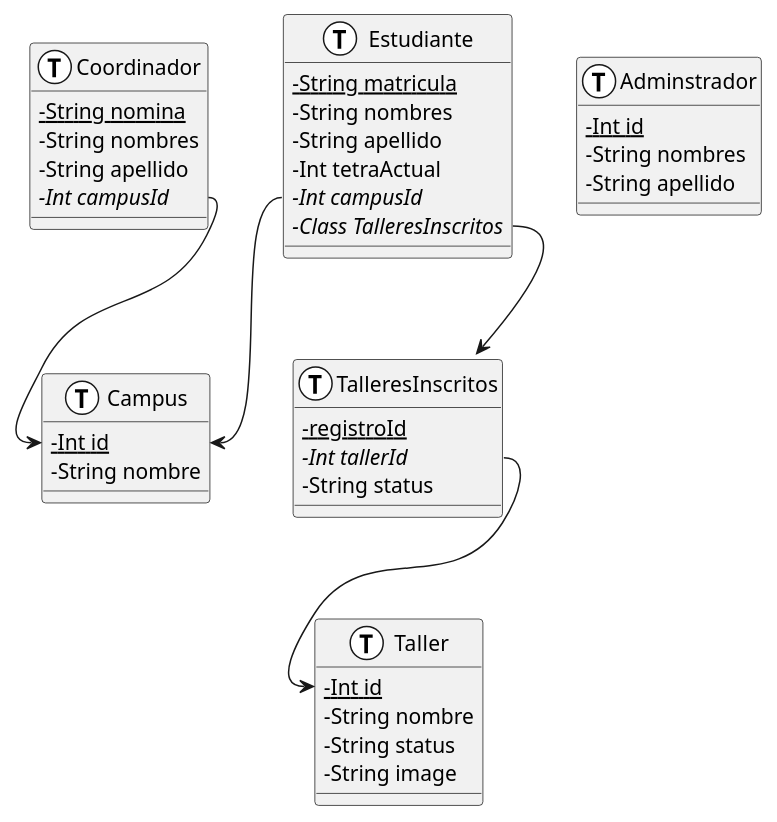
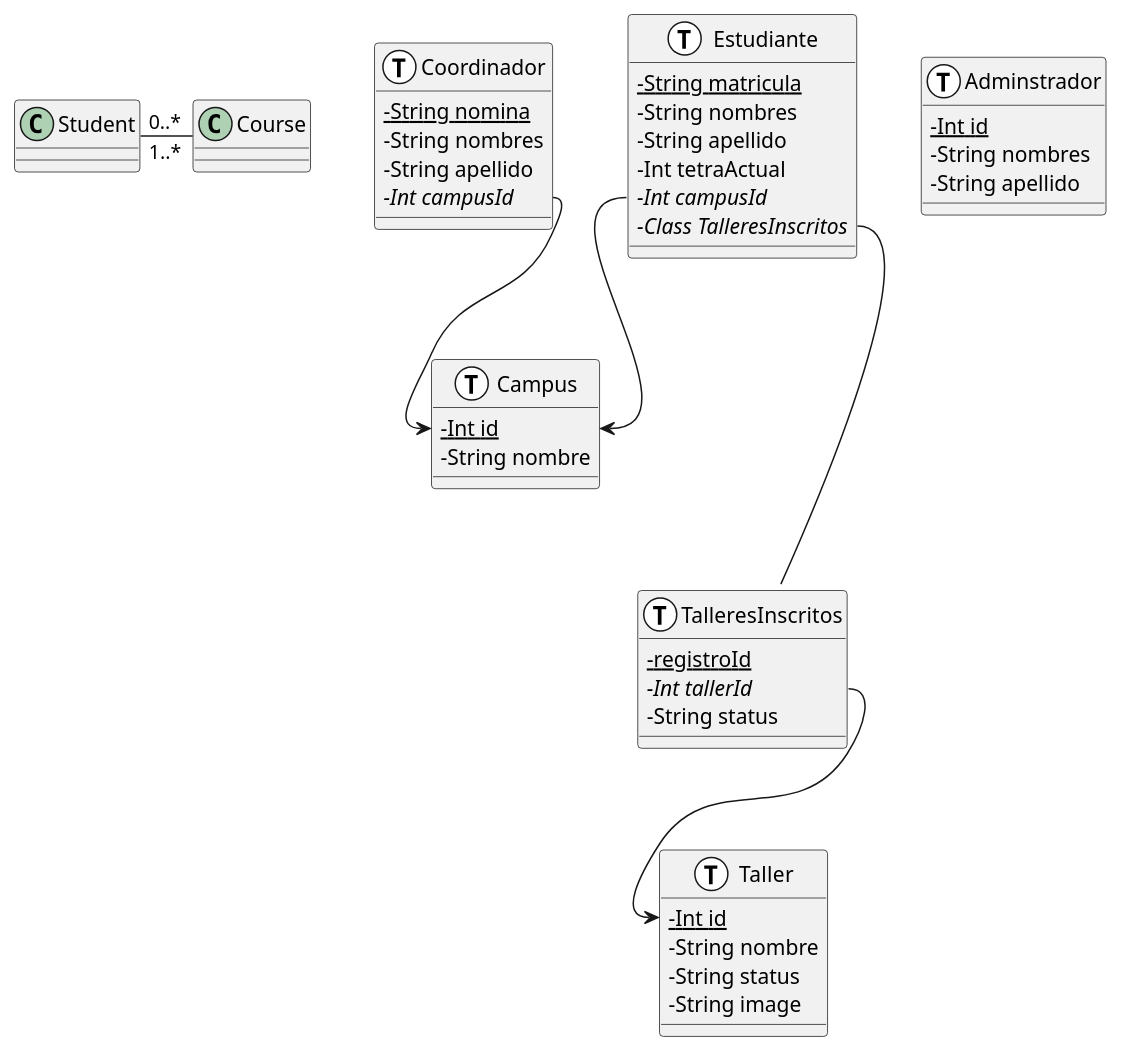
The diagram in Reto/Base de datos.md (facund015/codeRelatedObsidianNotes), drawn with PlantUML before and after one commit.

Commit message:
vault backup: 2021-10-12 12:34:07

````diff
--- a/Reto/Base de datos.md
+++ b/Reto/Base de datos.md
@@ -2,51 +2,54 @@
 ```plantuml
 @startuml
 skinparam classAttributeIconSize 0
 class Estudiante <<(T,white)>> {
 	{static} - String matricula
 	-String nombres
 	-String apellido
 	-Int tetraActual
 	{abstract} -Int campusId
 	{abstract} -Class TalleresInscritos
 }
 
 class Campus <<(T,white)>> {
 	{static} -Int id
 	-String nombre
 }
 
 class TalleresInscritos <<(T,white)>> {
 	{static} -registroId 
 	{abstract} -Int tallerId
 	-String status
 }
 
 class Coordinador <<(T,white)>> {
 	{static} -String nomina
 	-String nombres
 	-String apellido
 	{abstract} -Int campusId
 }
 
 class Taller <<(T,white)>> {
     {static} -Int id 
     - String nombre
     - String status
     - String image
 }
 
 
 class Adminstrador <<(T,white)>> {
 	{static} -Int id
 	-String nombres
 	-String apellido
 }
 
-Estudiante::TalleresInscritos --> TalleresInscritos
+
+Student "0..*" - "1..*" Course
+
+Estudiante::TalleresInscritos --- TalleresInscritos
 TalleresInscritos::tallerId --> Taller::id
 Estudiante::campusId --> Campus::id
 Coordinador::campusId --> Campus::id 
 
 @enduml
 ```
````
